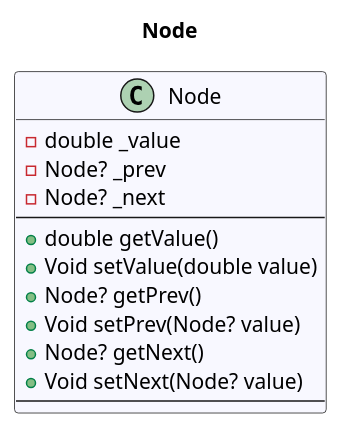
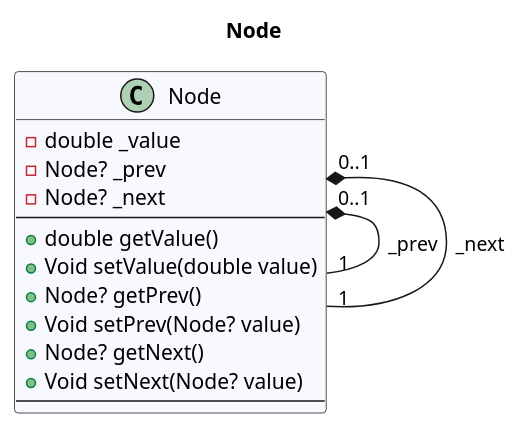
One commit to leoggehrer/2324-34_ABIF_ACIF_POSE changed the diagram in LinkedList.ConApp/diagrams/cd_Node.puml. Above: the diagram before and after it, drawn with PlantUML. The commit also changed 57 other files, not shown here.

Commit message:
Added UPNCalculator diagrams and documentation.

```diff
--- a/LinkedList.ConApp/diagrams/cd_Node.puml
+++ b/LinkedList.ConApp/diagrams/cd_Node.puml
@@ -1,16 +1,18 @@
 @startuml Node
 title Node
- class Node #GhostWhite {
+class Node #GhostWhite {
 - double _value
 - Node? _prev
 - Node? _next
 ---
 + double getValue()
 + Void setValue(double value)
 + Node? getPrev()
 + Void setPrev(Node? value)
 + Node? getNext()
 + Void setNext(Node? value)
 ---
 }
+Node "0..1" *-- "1" Node : _prev
+Node "0..1" *-- "1" Node : _next
 @enduml
```
